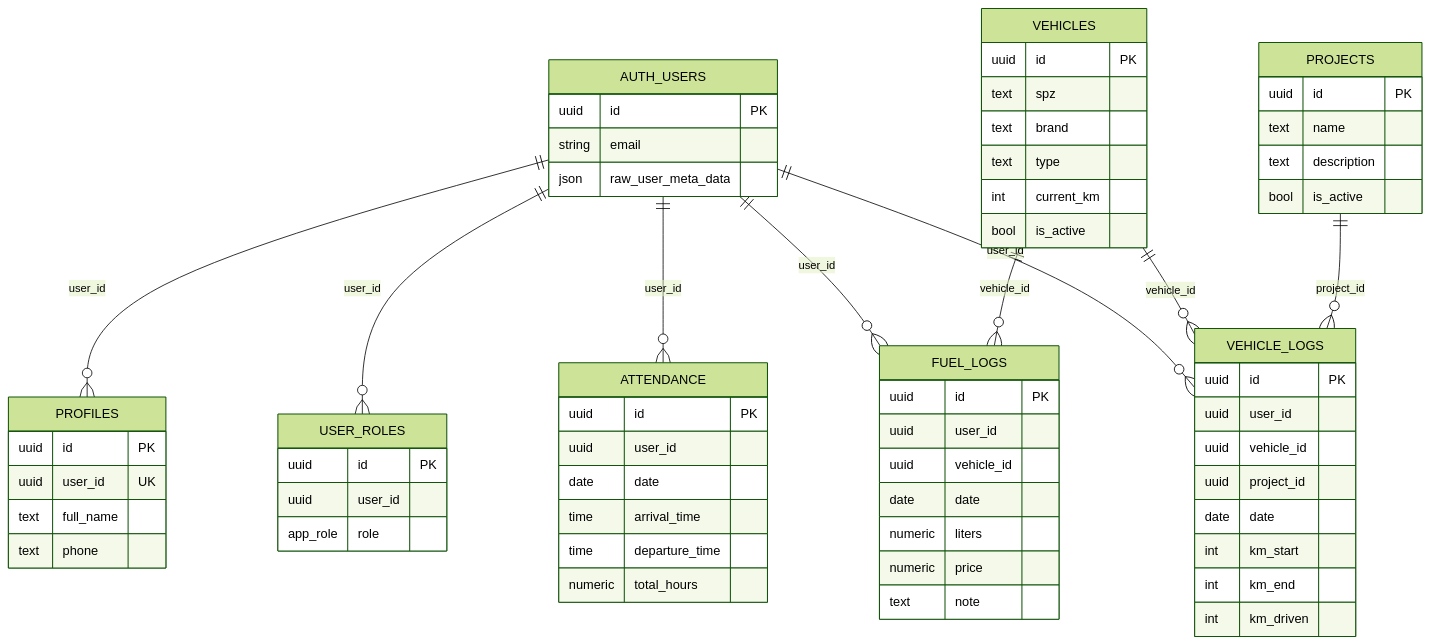
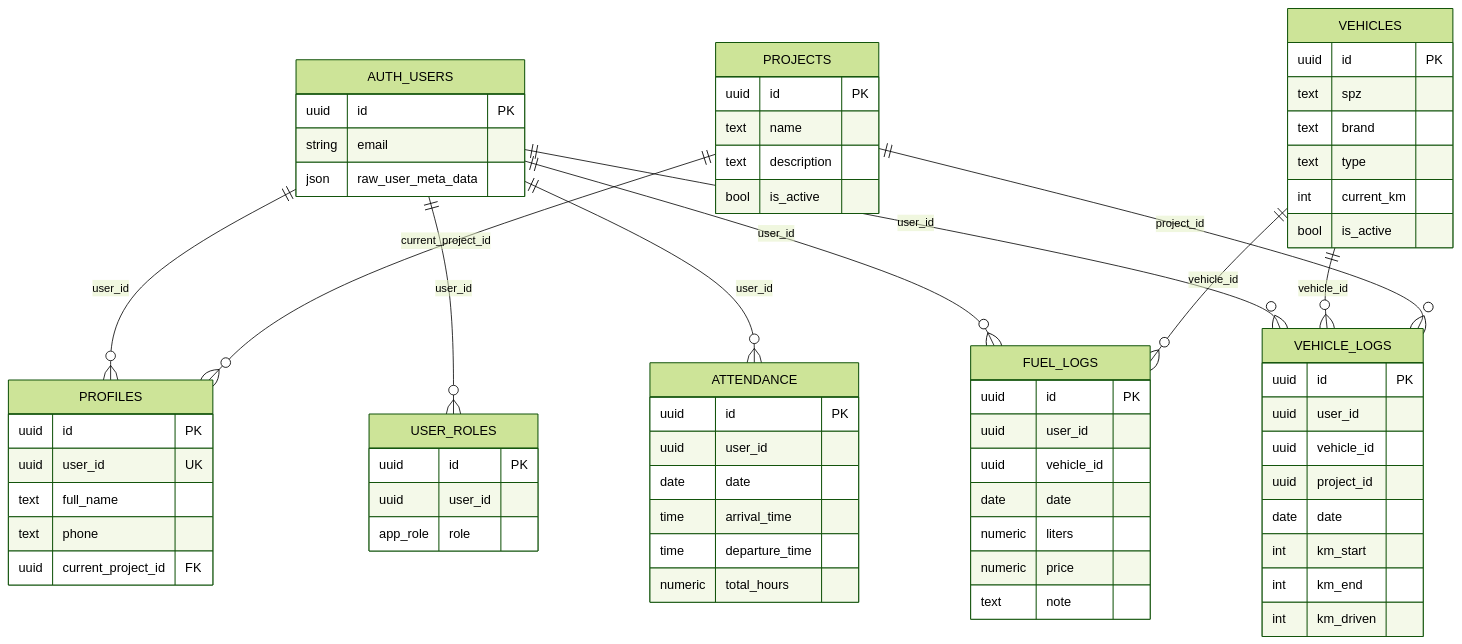
The diagram in DATABASE_SCHEMA.md (impofailafko-boop/dochadzkova-vozidlova-platforma), drawn with Mermaid (forest theme) before and after one commit. The commit also changed other lines of this file and 2 other files, not shown here.

Commit message:
Refactor database and project status

````diff
--- a/DATABASE_SCHEMA.md
+++ b/DATABASE_SCHEMA.md
@@ -476,78 +487,80 @@
 ```mermaid
 erDiagram
     AUTH_USERS ||--o{ PROFILES : "user_id"
     AUTH_USERS ||--o{ USER_ROLES : "user_id"
     AUTH_USERS ||--o{ ATTENDANCE : "user_id"
     AUTH_USERS ||--o{ FUEL_LOGS : "user_id"
     AUTH_USERS ||--o{ VEHICLE_LOGS : "user_id"
     
     VEHICLES ||--o{ FUEL_LOGS : "vehicle_id"
     VEHICLES ||--o{ VEHICLE_LOGS : "vehicle_id"
     
     PROJECTS ||--o{ VEHICLE_LOGS : "project_id"
+    PROJECTS ||--o{ PROFILES : "current_project_id"
     
     AUTH_USERS {
         uuid id PK
         string email
         json raw_user_meta_data
     }
     
     PROFILES {
         uuid id PK
         uuid user_id UK
         text full_name
         text phone
+        uuid current_project_id FK
     }
     
     USER_ROLES {
         uuid id PK
         uuid user_id
         app_role role
     }
     
     ATTENDANCE {
         uuid id PK
         uuid user_id
         date date
         time arrival_time
         time departure_time
         numeric total_hours
     }
     
     FUEL_LOGS {
         uuid id PK
         uuid user_id
         uuid vehicle_id
         date date
         numeric liters
         numeric price
         text note
     }
     
     VEHICLE_LOGS {
         uuid id PK
         uuid user_id
         uuid vehicle_id
         uuid project_id
         date date
         int km_start
         int km_end
         int km_driven
     }
     
     VEHICLES {
         uuid id PK
         text spz
         text brand
         text type
         int current_km
         bool is_active
     }
     
     PROJECTS {
         uuid id PK
         text name
         text description
         bool is_active
     }
 ```
````
